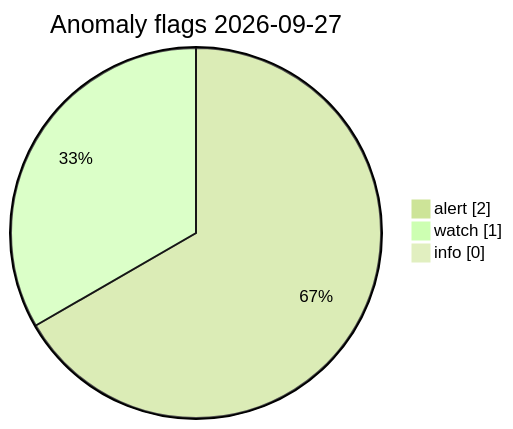
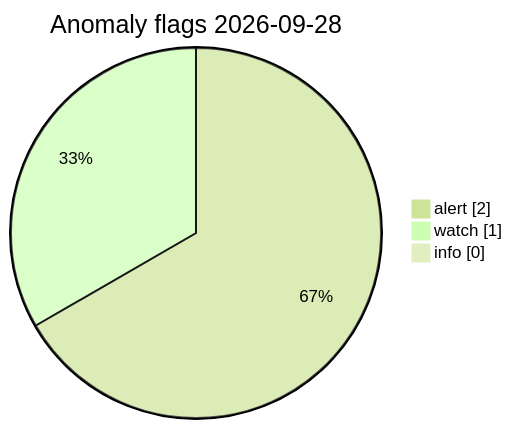
Before and after one commit to Midwest-Stratospheric/Unified-Open-Global-Weather: the diagram in visuals/latest/CHARTS.md, drawn with Mermaid (forest theme). The commit also changed other lines of this file and 11 other files, not shown here.

Commit message:
data(visuals): automated charts 2026-09-28T14:01Z

````diff
--- a/visuals/latest/CHARTS.md
+++ b/visuals/latest/CHARTS.md
@@ -73,7 +73,7 @@
 ```mermaid
 pie showData
-  title Anomaly flags 2026-09-27
+  title Anomaly flags 2026-09-28
   "alert" : 2
   "watch" : 1
   "info" : 0
 ```
````
